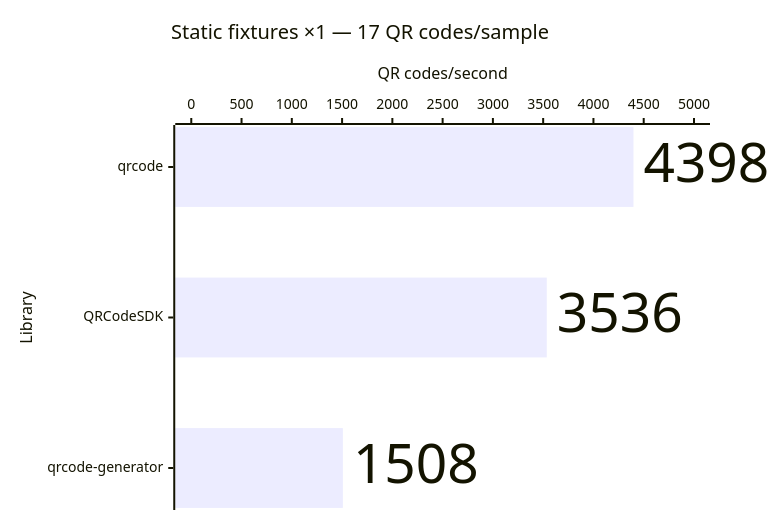
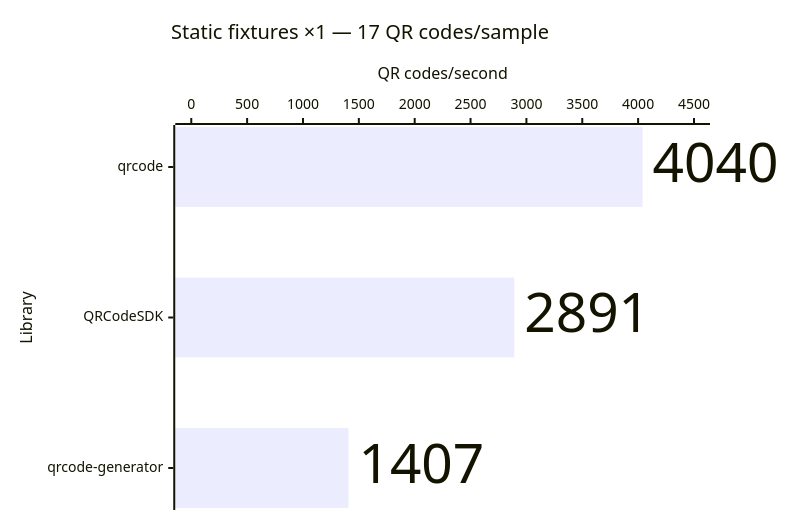
One commit to Dafnik/qrcodesdk changed the eighth of 14 diagrams in apps/docs/src/content/docs/learn/performance.md. Above: the diagram before and after it, drawn with Mermaid. The commit also changed other lines of this file and 381 other files, not shown here.

````diff
--- a/apps/docs/src/content/docs/learn/performance.md
+++ b/apps/docs/src/content/docs/learn/performance.md
@@ -182,15 +182,15 @@
 ```mermaid
 ---
 config:
   xyChart:
     showDataLabel: true
     showDataLabelOutsideBar: true
 ---
 xychart horizontal
   accTitle: SVG generation: Static fixtures ×1 — 17 QR codes/sample
-  accDescr: Throughput calculated from median time. qrcode 4,398 QR codes per second, QRCodeSDK 3,536 QR codes per second, qrcode-generator 1,508 QR codes per second. Higher is better.
+  accDescr: Throughput calculated from median time. qrcode 4,040 QR codes per second, QRCodeSDK 2,891 QR codes per second, qrcode-generator 1,407 QR codes per second. Higher is better.
   title "Static fixtures ×1 — 17 QR codes/sample"
   x-axis "Library" ["qrcode", "QRCodeSDK", "qrcode-generator"]
-  y-axis "QR codes/second" 0 --> 5000
-  bar [4398, 3536, 1508]
+  y-axis "QR codes/second" 0 --> 4500
+  bar [4040, 2891, 1407]
 ```
````
